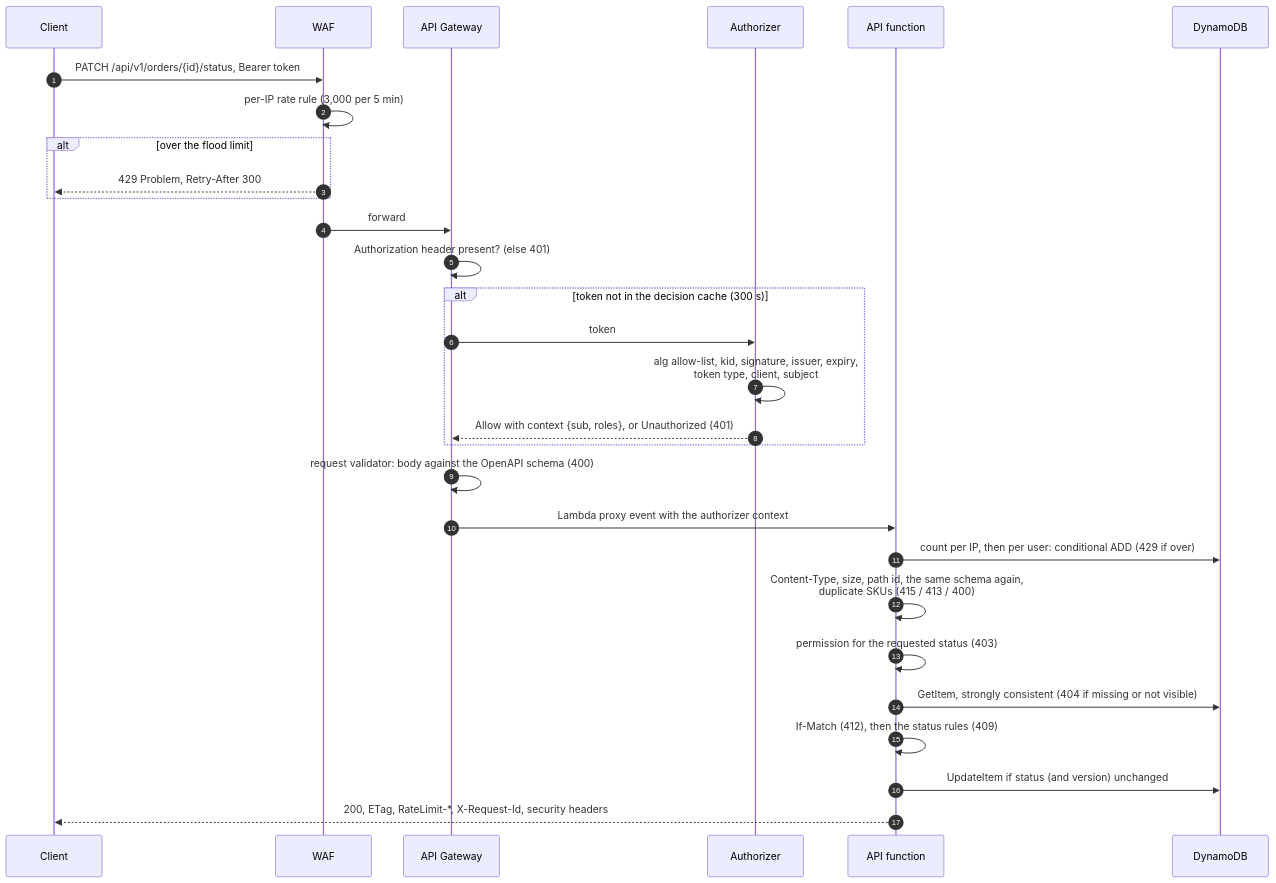
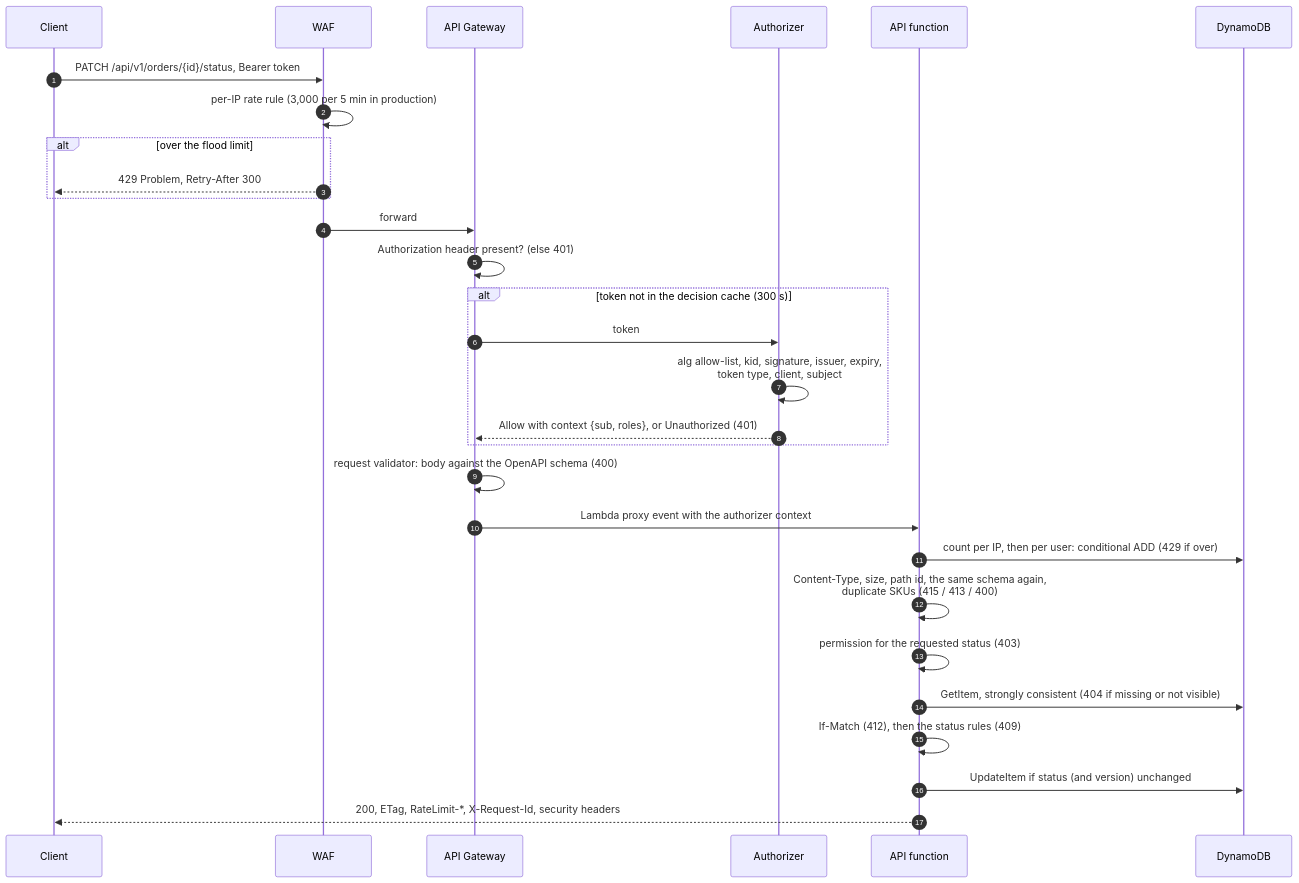
The second of 2 diagrams in task1/docs/design.md (ehmSKah/task-submission), drawn with Mermaid before and after one commit. The commit also changed other lines of this file and 1 other file, not shown here.

````diff
--- a/task1/docs/design.md
+++ b/task1/docs/design.md
@@ -76,31 +76,31 @@
 ```mermaid
 sequenceDiagram
     autonumber
     participant C as Client
     participant W as WAF
     participant G as API Gateway
     participant A as Authorizer
     participant F as API function
     participant D as DynamoDB
     C->>W: PATCH /api/v1/orders/{id}/status, Bearer token
-    W->>W: per-IP rate rule (3,000 per 5 min)
+    W->>W: per-IP rate rule (3,000 per 5 min in production)
     alt over the flood limit
         W-->>C: 429 Problem, Retry-After 300
     end
     W->>G: forward
     G->>G: Authorization header present? (else 401)
     alt token not in the decision cache (300 s)
         G->>A: token
         A->>A: alg allow-list, kid, signature, issuer, expiry,<br/>token type, client, subject
         A-->>G: Allow with context {sub, roles}, or Unauthorized (401)
     end
     G->>G: request validator: body against the OpenAPI schema (400)
     G->>F: Lambda proxy event with the authorizer context
     F->>D: count per IP, then per user: conditional ADD (429 if over)
     F->>F: Content-Type, size, path id, the same schema again,<br/>duplicate SKUs (415 / 413 / 400)
     F->>F: permission for the requested status (403)
     F->>D: GetItem, strongly consistent (404 if missing or not visible)
     F->>F: If-Match (412), then the status rules (409)
     F->>D: UpdateItem if status (and version) unchanged
     F-->>C: 200, ETag, RateLimit-*, X-Request-Id, security headers
 ```
````
